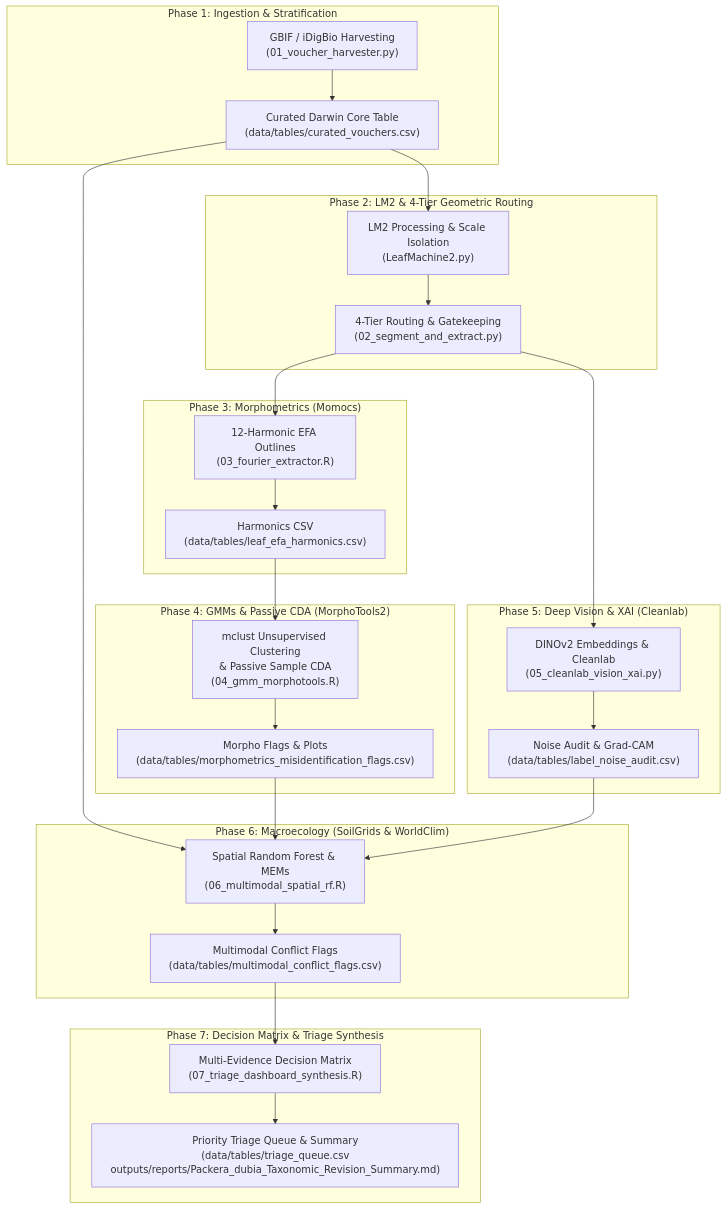
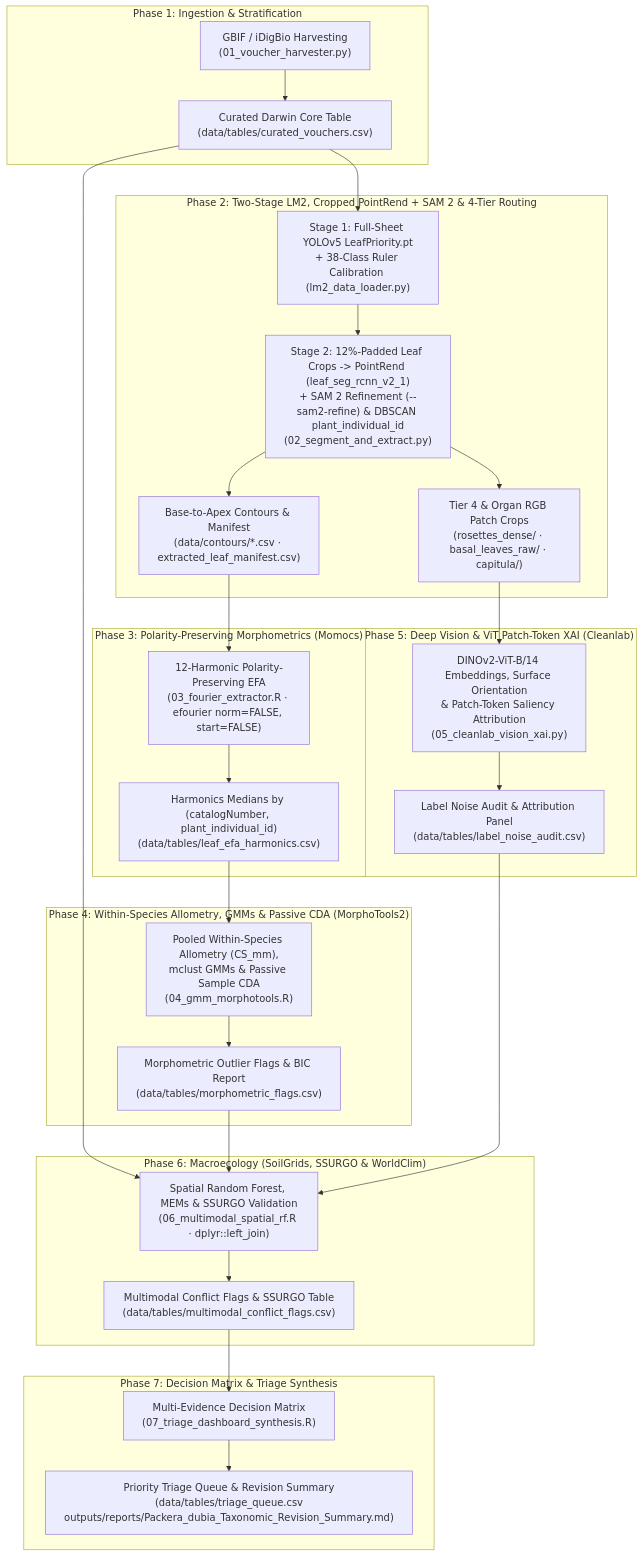
One commit to Plantatsrophe/Packera_dubia_morphometrics changed the diagram in docs/WORKFLOW_GUIDE.md. Above: the diagram before and after it, drawn with Mermaid. The commit also changed other lines of this file and 23 other files, not shown here.

````diff
--- a/docs/WORKFLOW_GUIDE.md
+++ b/docs/WORKFLOW_GUIDE.md
@@ -112,36 +248,38 @@
 ```mermaid
 flowchart TD
     subgraph P1["Phase 1: Ingestion & Stratification"]
         A["GBIF / iDigBio Harvesting\n(01_voucher_harvester.py)"] --> B["Curated Darwin Core Table\n(data/tables/curated_vouchers.csv)"]
     end
 
-    subgraph P2["Phase 2: LM2 & 4-Tier Geometric Routing"]
-        B --> C["LM2 Processing & Scale Isolation\n(LeafMachine2.py)"]
-        C --> D["4-Tier Routing & Gatekeeping\n(02_segment_and_extract.py)"]
+    subgraph P2["Phase 2: Two-Stage LM2, Cropped PointRend + SAM 2 & 4-Tier Routing"]
+        B --> C["Stage 1: Full-Sheet YOLOv5 LeafPriority.pt\n+ 38-Class Ruler Calibration (lm2_data_loader.py)"]
+        C --> D["Stage 2: 12%-Padded Leaf Crops -> PointRend (leaf_seg_rcnn_v2_1)\n+ SAM 2 Refinement (--sam2-refine) & DBSCAN plant_individual_id\n(02_segment_and_extract.py)"]
+        D --> D1["Base-to-Apex Contours & Manifest\n(data/contours/*.csv · extracted_leaf_manifest.csv)"]
+        D --> D2["Tier 4 & Organ RGB Patch Crops\n(rosettes_dense/ · basal_leaves_raw/ · capitula/)"]
     end
 
-    subgraph P3["Phase 3: Morphometrics (Momocs)"]
-        D --> E["12-Harmonic EFA Outlines\n(03_fourier_extractor.R)"]
-        E --> F["Harmonics CSV\n(data/tables/leaf_efa_harmonics.csv)"]
+    subgraph P3["Phase 3: Polarity-Preserving Morphometrics (Momocs)"]
+        D1 --> E["12-Harmonic Polarity-Preserving EFA\n(03_fourier_extractor.R · efourier norm=FALSE, start=FALSE)"]
+        E --> F["Harmonics Medians by (catalogNumber, plant_individual_id)\n(data/tables/leaf_efa_harmonics.csv)"]
     end
 
-    subgraph P4["Phase 4: GMMs & Passive CDA (MorphoTools2)"]
-        F --> G["mclust Unsupervised Clustering\n& Passive Sample CDA\n(04_gmm_morphotools.R)"]
-        G --> H["Morpho Flags & Plots\n(data/tables/morphometrics_misidentification_flags.csv)"]
+    subgraph P4["Phase 4: Within-Species Allometry, GMMs & Passive CDA (MorphoTools2)"]
+        F --> G["Pooled Within-Species Allometry (CS_mm),\nmclust GMMs & Passive Sample CDA\n(04_gmm_morphotools.R)"]
+        G --> H["Morphometric Outlier Flags & BIC Report\n(data/tables/morphometric_flags.csv)"]
     end
 
-    subgraph P5["Phase 5: Deep Vision & XAI (Cleanlab)"]
-        D --> I["DINOv2 Embeddings & Cleanlab\n(05_cleanlab_vision_xai.py)"]
-        I --> J["Noise Audit & Grad-CAM\n(data/tables/label_noise_audit.csv)"]
+    subgraph P5["Phase 5: Deep Vision & ViT Patch-Token XAI (Cleanlab)"]
+        D2 --> I["DINOv2-ViT-B/14 Embeddings, Surface Orientation\n& Patch-Token Saliency Attribution\n(05_cleanlab_vision_xai.py)"]
+        I --> J["Label Noise Audit & Attribution Panel\n(data/tables/label_noise_audit.csv)"]
     end
 
-    subgraph P6["Phase 6: Macroecology (SoilGrids & WorldClim)"]
-        B & H & J --> K["Spatial Random Forest & MEMs\n(06_multimodal_spatial_rf.R)"]
-        K --> L["Multimodal Conflict Flags\n(data/tables/multimodal_conflict_flags.csv)"]
+    subgraph P6["Phase 6: Macroecology (SoilGrids, SSURGO & WorldClim)"]
+        B & H & J --> K["Spatial Random Forest, MEMs & SSURGO Validation\n(06_multimodal_spatial_rf.R · dplyr::left_join)"]
+        K --> L["Multimodal Conflict Flags & SSURGO Table\n(data/tables/multimodal_conflict_flags.csv)"]
     end
 
     subgraph P7["Phase 7: Decision Matrix & Triage Synthesis"]
         L --> M["Multi-Evidence Decision Matrix\n(07_triage_dashboard_synthesis.R)"]
-        M --> N["Priority Triage Queue & Summary\n(data/tables/triage_queue.csv\noutputs/reports/Packera_dubia_Taxonomic_Revision_Summary.md)"]
+        M --> N["Priority Triage Queue & Revision Summary\n(data/tables/triage_queue.csv\noutputs/reports/Packera_dubia_Taxonomic_Revision_Summary.md)"]
     end
 ```
````
